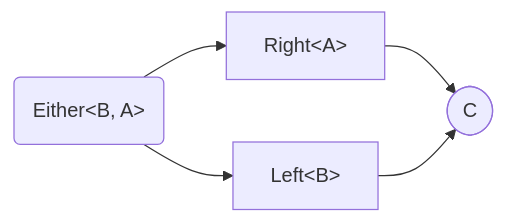
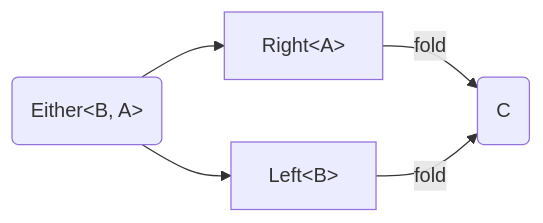
Before and after one commit to adamjosefus/fp-ts-examples: the first of 2 diagrams in Either.md, drawn with Mermaid. The commit also changed other lines of this file, not shown here.

````diff
--- a/Either.md
+++ b/Either.md
@@ -16,8 +18,8 @@
 ```mermaid
 flowchart LR
-input("Either<<span>B, A</span>>") --> left[Left<<span>B</span>>]
-input --> right[Right<<span>A</span>>]
-right --> result([C])
-left --> result([C])
+    input("Either<<span>B, A</span>>") --> left[Left<<span>B</span>>]
+    input --> right[Right<<span>A</span>>]
+    right --> | fold | result([C])
+    left  --> | fold | result(C)
 
 ```
````
